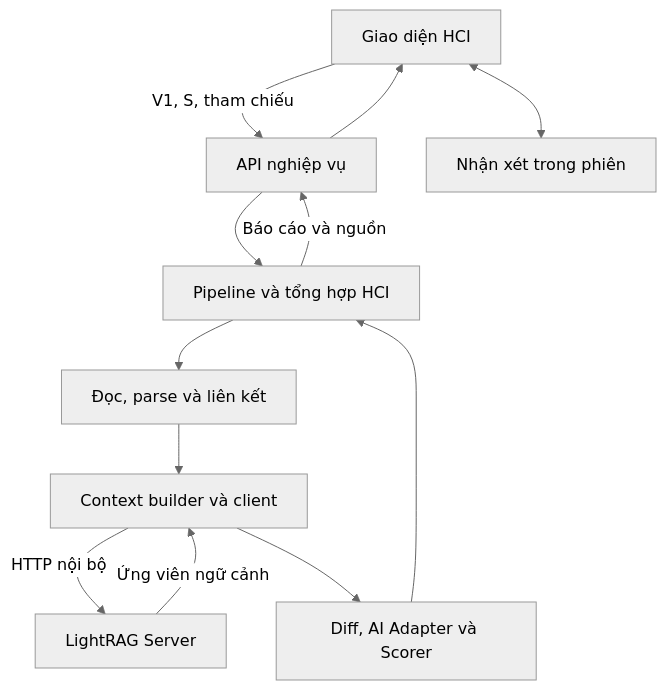
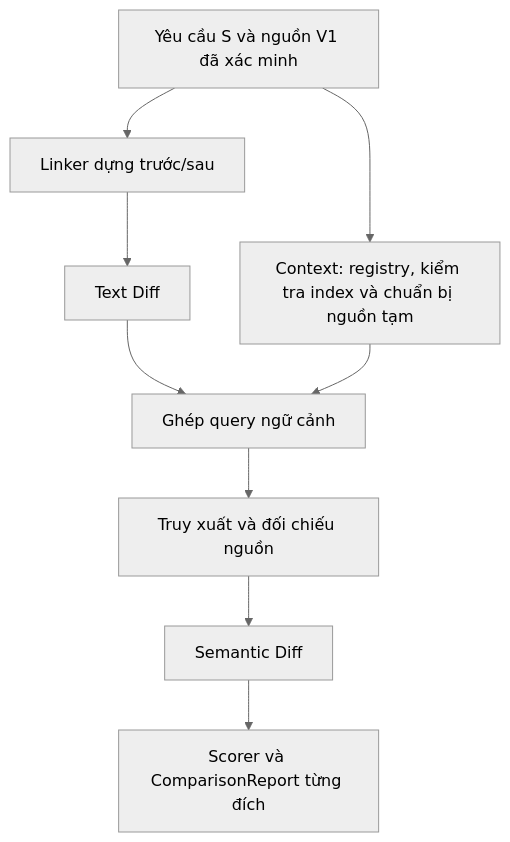
The second of 2 diagrams in docs/architecture.md (BACHCONGDUNG/legal-document-review-hitl), drawn with Mermaid (neutral theme) before and after one commit. The commit also changed other lines of this file and 19 other files, not shown here.

````diff
--- a/docs/architecture.md
+++ b/docs/architecture.md
@@ -29,14 +113,11 @@
 ```mermaid
 flowchart TD
-    UI["Giao diện HCI"] -->|"V1, S, tham chiếu"| API["API nghiệp vụ"]
-    API --> P["Pipeline và tổng hợp HCI"]
-    P --> DOC["Đọc, parse và liên kết"]
-    DOC --> CTX["Context builder và client"]
-    CTX -->|"HTTP nội bộ"| RAG["LightRAG Server"]
-    RAG -->|"Ứng viên ngữ cảnh"| CTX
-    CTX --> AI["Diff, AI Adapter và Scorer"]
-    AI --> P
-    P -->|"Báo cáo và nguồn"| API
-    API --> UI
-    UI <--> SESSION["Nhận xét trong phiên"]
+    A["Yêu cầu S và nguồn V1 đã xác minh"] --> B["Linker dựng trước/sau"]
+    A --> C["Context: registry, kiểm tra index và chuẩn bị nguồn tạm"]
+    B --> D["Text Diff"]
+    D --> E["Ghép query ngữ cảnh"]
+    C --> E
+    E --> F["Truy xuất và đối chiếu nguồn"]
+    F --> G["Semantic Diff"]
+    G --> H["Scorer và ComparisonReport từng đích"]
 ```
````
